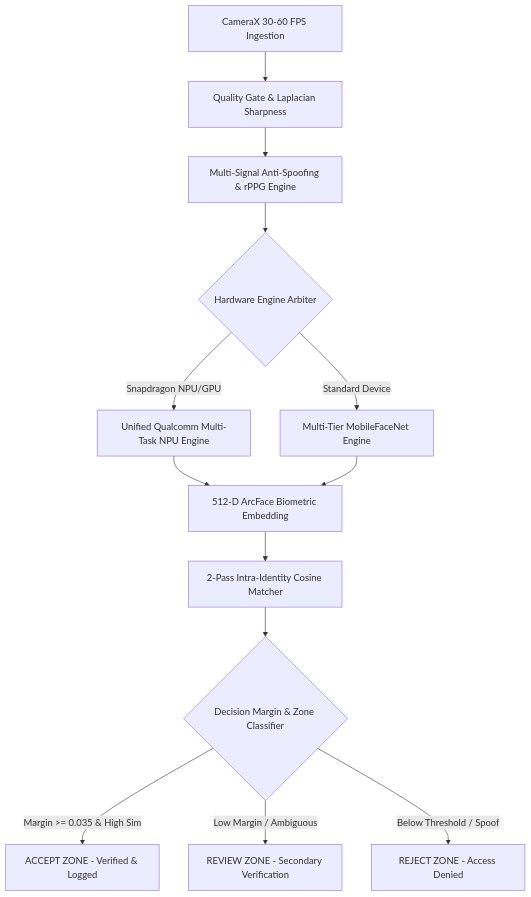
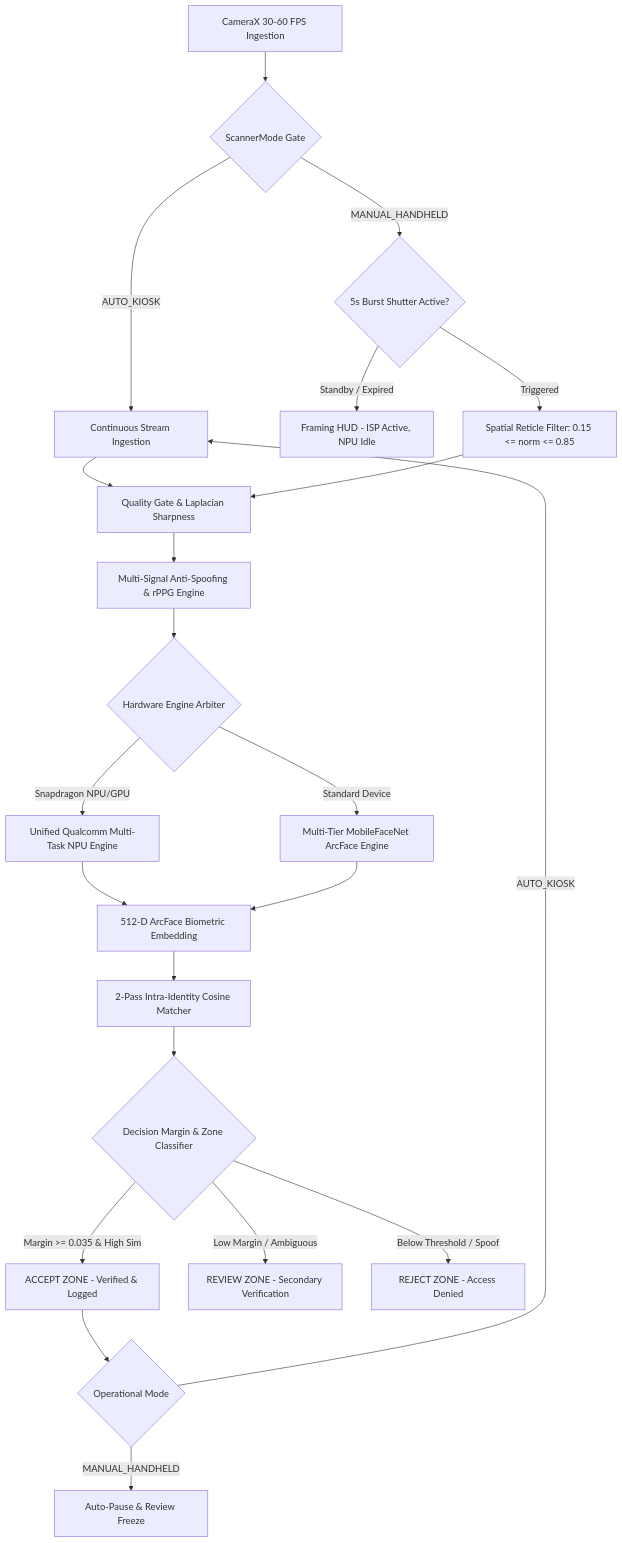
The diagram in README.md (preethamdev05/OmniFace-AI), drawn with Mermaid before and after one commit. The commit also changed other lines of this file and 117 other files, not shown here.

First line of the commit message:
feat(scanner): add dual operational profiles (Auto Kiosk vs Handheld), 5s burst shutter, reticle gating, and eradicate antelope

````diff
--- a/README.md
+++ b/README.md
@@ -25,19 +29,33 @@
 ```mermaid
 graph TD
-    Camera[CameraX 30-60 FPS Ingestion] --> Quality[Quality Gate & Laplacian Sharpness]
+    Camera[CameraX 30-60 FPS Ingestion] --> ModeGate{ScannerMode Gate}
+    
+    ModeGate -->|AUTO_KIOSK| Continuous[Continuous Stream Ingestion]
+    ModeGate -->|MANUAL_HANDHELD| ShutterGate{5s Burst Shutter Active?}
+    
+    ShutterGate -->|Standby / Expired| ViewfinderStandby[Framing HUD - ISP Active, NPU Idle]
+    ShutterGate -->|Triggered| ReticleGate[Spatial Reticle Filter: 0.15 <= norm <= 0.85]
+    
+    Continuous --> Quality[Quality Gate & Laplacian Sharpness]
+    ReticleGate --> Quality
+    
     Quality --> PAD[Multi-Signal Anti-Spoofing & rPPG Engine]
     PAD --> Inference{Hardware Engine Arbiter}
     
     Inference -->|Snapdragon NPU/GPU| Unified[Unified Qualcomm Multi-Task NPU Engine]
-    Inference -->|Standard Device| MobileNet[Multi-Tier MobileFaceNet Engine]
+    Inference -->|Standard Device| MobileNet[Multi-Tier MobileFaceNet ArcFace Engine]
     
     Unified --> Vector[512-D ArcFace Biometric Embedding]
     MobileNet --> Vector
     
     Vector --> Matcher[2-Pass Intra-Identity Cosine Matcher]
     Matcher --> Decision{Decision Margin & Zone Classifier}
     
     Decision -->|Margin >= 0.035 & High Sim| Accept[ACCEPT ZONE - Verified & Logged]
     Decision -->|Low Margin / Ambiguous| Review[REVIEW ZONE - Secondary Verification]
     Decision -->|Below Threshold / Spoof| Reject[REJECT ZONE - Access Denied]
+    
+    Accept --> PostMatch{Operational Mode}
+    PostMatch -->|AUTO_KIOSK| Continuous
+    PostMatch -->|MANUAL_HANDHELD| AutoPause[Auto-Pause & Review Freeze]
 ```
````
